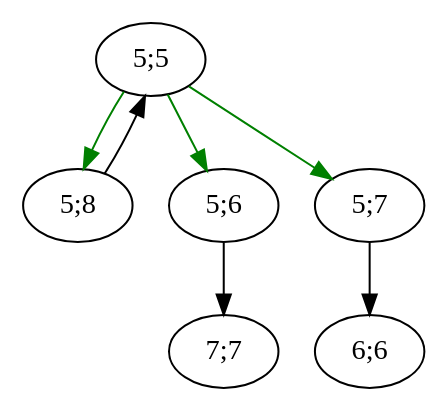
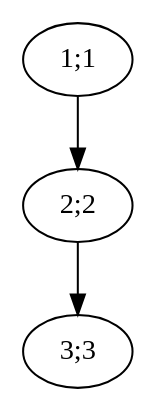
Before and after one commit to tarasovxx/MEPhi-lab-works: the diagram in 5/graph.dot, drawn with Graphviz. The commit also changed 21 other files, not shown here.

```diff
--- a/5/graph.dot
+++ b/5/graph.dot
@@ -1,9 +1,5 @@
 digraph G {
 node [shape=oval];
-"5;6" -> "7;7" [color=black];
-"5;7" -> "6;6" [color=black];
-"5;8" -> "5;5" [color=black];
-"5;5" -> "5;6" [color=green];
-"5;5" -> "5;7" [color=green];
-"5;5" -> "5;8" [color=green];
+"2;2" -> "3;3" [color=black];
+"1;1" -> "2;2" [color=black];
 }
```
